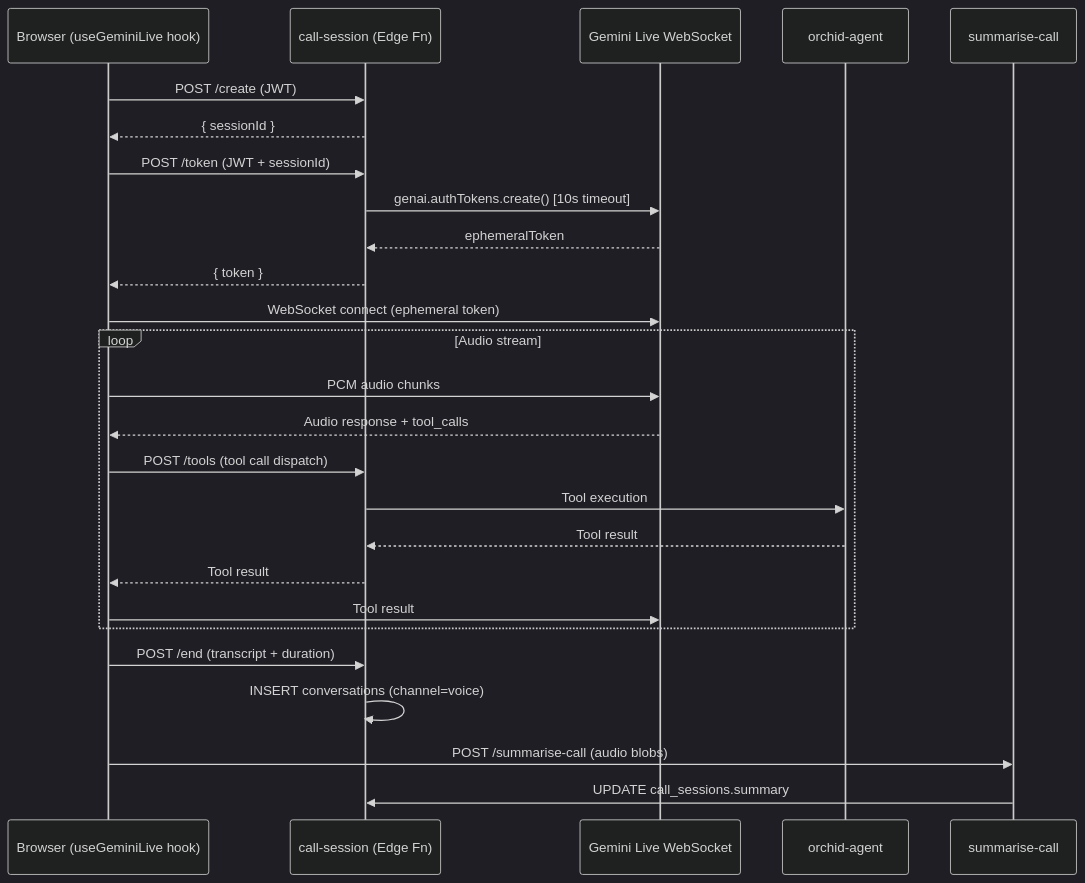
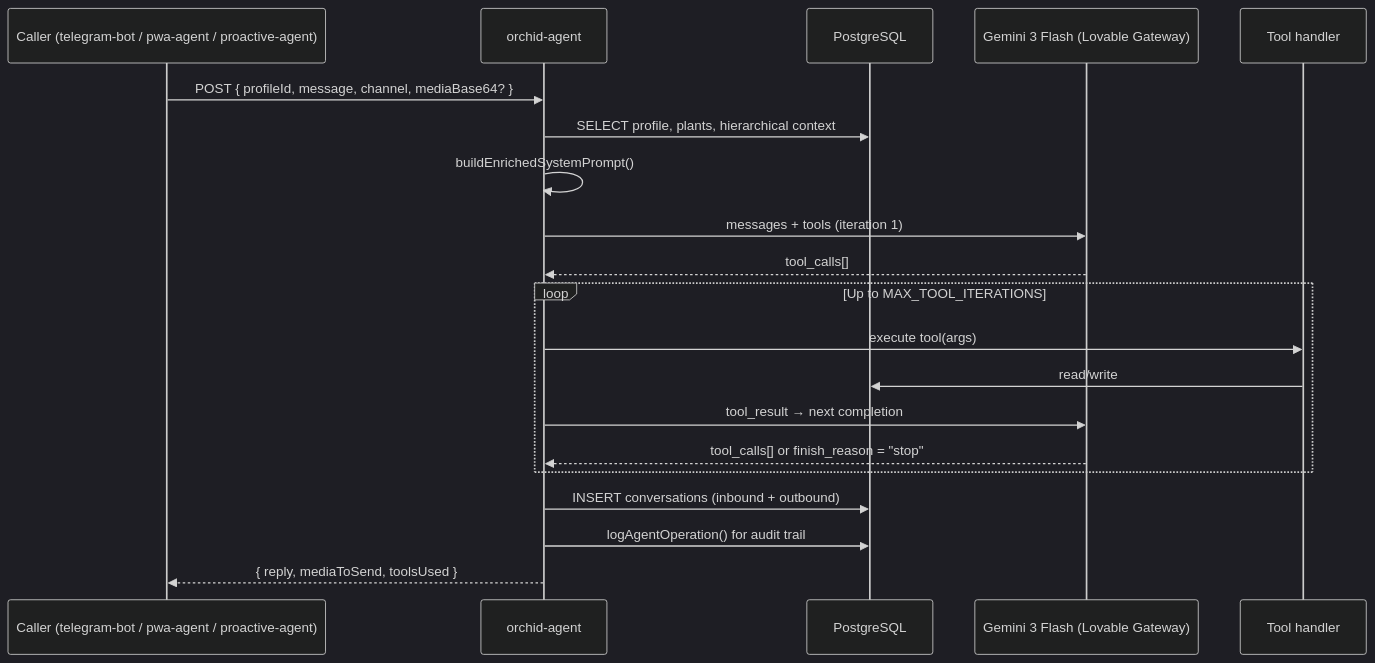
The fourth of 11 diagrams in docs/TECHNICAL_REPORT.md (masudl-hub/orchidcare), drawn with Mermaid (dark theme) before and after one commit. The commit also changed other lines of this file, not shown here.

````diff
--- a/docs/TECHNICAL_REPORT.md
+++ b/docs/TECHNICAL_REPORT.md
@@ -228,29 +347,23 @@
 ```mermaid
 sequenceDiagram
-    participant Client as Browser (useGeminiLive hook)
-    participant CS as call-session (Edge Fn)
-    participant GL as Gemini Live WebSocket
+    participant Caller as Caller (telegram-bot / pwa-agent / proactive-agent)
     participant OA as orchid-agent
-    participant SC as summarise-call
+    participant DB as PostgreSQL
+    participant AI as Gemini 3 Flash (Lovable Gateway)
+    participant Tool as Tool handler
 
-    Client->>CS: POST /create (JWT)
-    CS-->>Client: { sessionId }
-    Client->>CS: POST /token (JWT + sessionId)
-    CS->>GL: genai.authTokens.create() [10s timeout]
-    GL-->>CS: ephemeralToken
-    CS-->>Client: { token }
-    Client->>GL: WebSocket connect (ephemeral token)
-    loop Audio stream
-        Client->>GL: PCM audio chunks
-        GL-->>Client: Audio response + tool_calls
-        Client->>CS: POST /tools (tool call dispatch)
-        CS->>OA: Tool execution
-        OA-->>CS: Tool result
-        CS-->>Client: Tool result
-        Client->>GL: Tool result
+    Caller->>OA: POST { profileId, message, channel, mediaBase64? }
+    OA->>DB: SELECT profile, plants, hierarchical context
+    OA->>OA: buildEnrichedSystemPrompt()
+    OA->>AI: messages + tools (iteration 1)
+    AI-->>OA: tool_calls[]
+    loop Up to MAX_TOOL_ITERATIONS
+        OA->>Tool: execute tool(args)
+        Tool->>DB: read/write
+        OA->>AI: tool_result → next completion
+        AI-->>OA: tool_calls[] or finish_reason = "stop"
     end
-    Client->>CS: POST /end (transcript + duration)
-    CS->>CS: INSERT conversations (channel=voice)
-    Client->>SC: POST /summarise-call (audio blobs)
-    SC->>CS: UPDATE call_sessions.summary
+    OA->>DB: INSERT conversations (inbound + outbound)
+    OA->>DB: logAgentOperation() for audit trail
+    OA-->>Caller: { reply, mediaToSend, toolsUsed }
 ```
````
